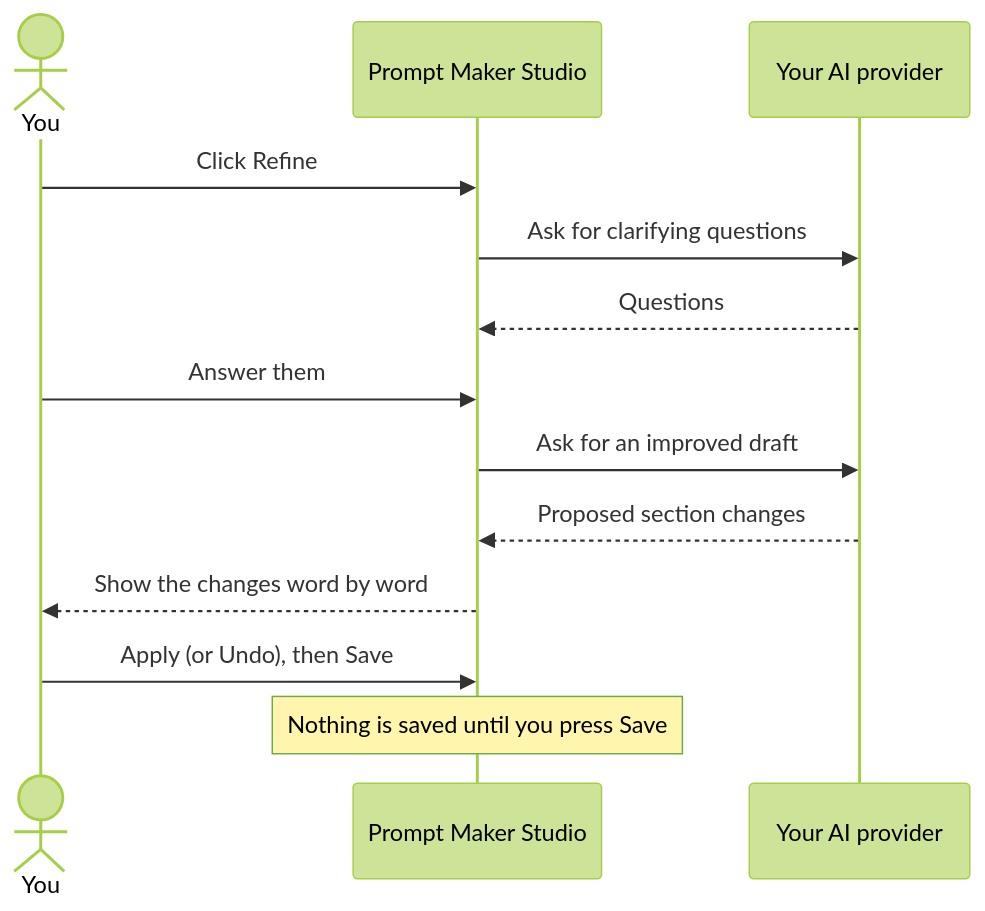
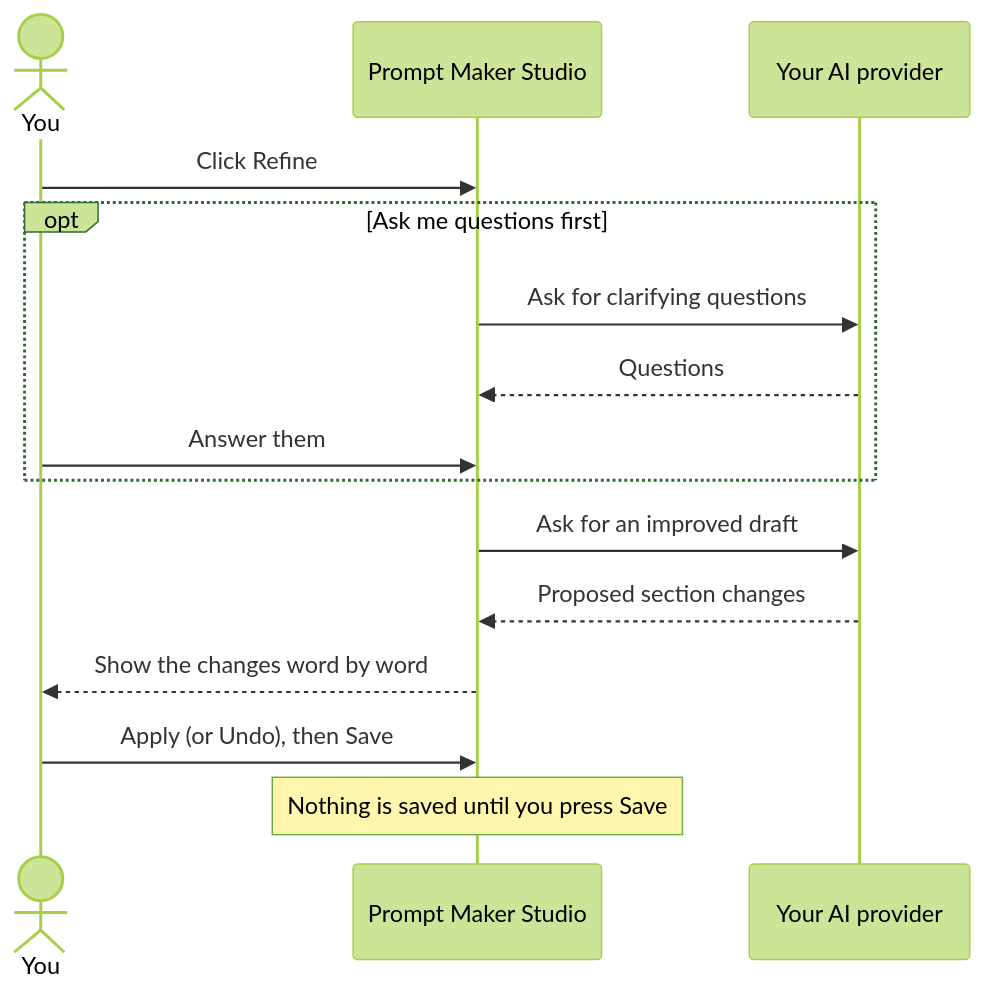
Before and after one commit to chrysogonus/prompt-maker-studio: the fifth of 10 diagrams in docs/how-it-works.md, drawn with Mermaid (forest theme). The commit also changed other lines of this file and 18 other files, not shown here.

````diff
--- a/docs/how-it-works.md
+++ b/docs/how-it-works.md
@@ -153,15 +153,17 @@
 ```mermaid
 sequenceDiagram
     actor You
     participant App as Prompt Maker Studio
     participant AI as Your AI provider
     You->>App: Click Refine
-    App->>AI: Ask for clarifying questions
-    AI-->>App: Questions
-    You->>App: Answer them
+    opt Ask me questions first
+        App->>AI: Ask for clarifying questions
+        AI-->>App: Questions
+        You->>App: Answer them
+    end
     App->>AI: Ask for an improved draft
     AI-->>App: Proposed section changes
     App-->>You: Show the changes word by word
     You->>App: Apply (or Undo), then Save
     Note over App: Nothing is saved until you press Save
 ```
````
